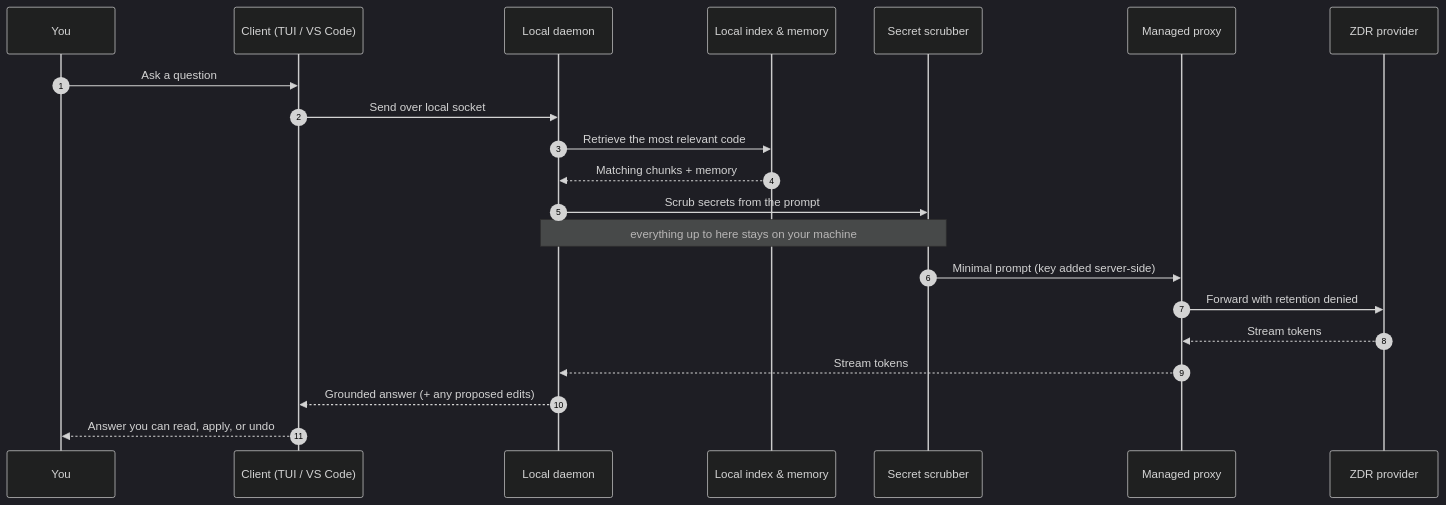
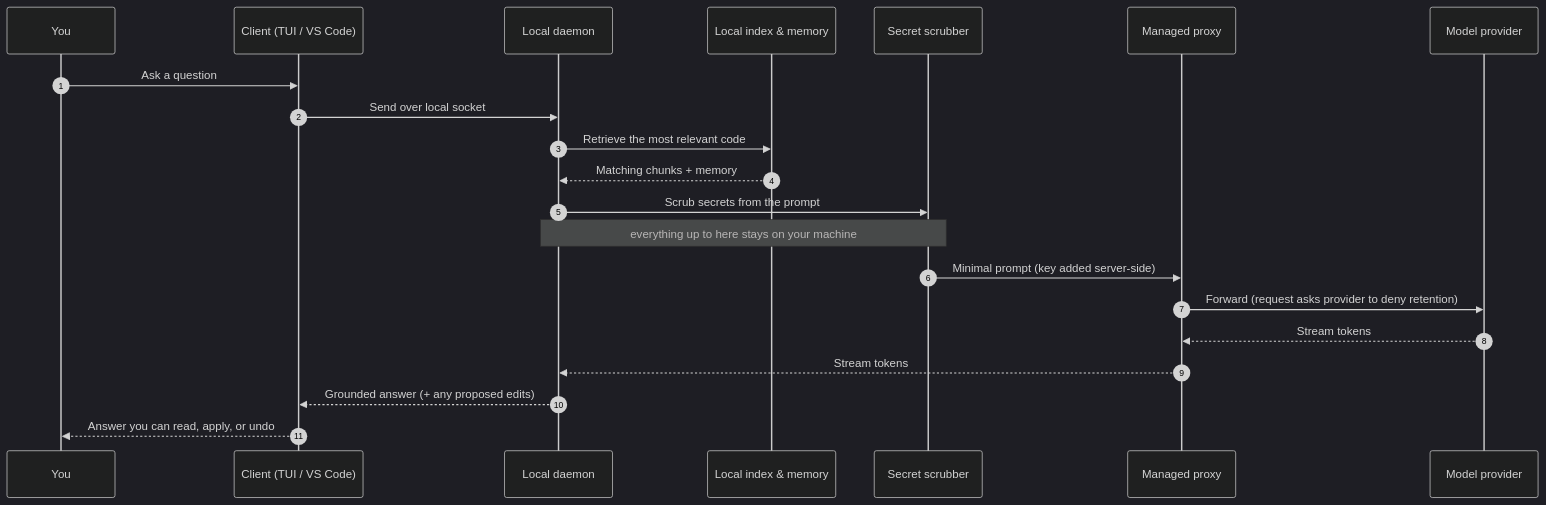
Before and after one commit to Rav-2007/codeterminal-core: the third of 6 diagrams in PRODUCT_OVERVIEW.md, drawn with Mermaid (dark theme). The commit also changed other lines of this file and 1 other file, not shown here.

First line of the commit message:
docs: reframe ZDR claims as requested-not-enforced while F1 is open

````diff
--- a/PRODUCT_OVERVIEW.md
+++ b/PRODUCT_OVERVIEW.md
@@ -221,24 +224,24 @@
 ```mermaid
 sequenceDiagram
     autonumber
     participant You
     participant Client as Client (TUI / VS Code)
     participant Daemon as Local daemon
     participant Store as Local index & memory
     participant Scrub as Secret scrubber
     participant Proxy as Managed proxy
-    participant Model as ZDR provider
+    participant Model as Model provider
 
     You->>Client: Ask a question
     Client->>Daemon: Send over local socket
     Daemon->>Store: Retrieve the most relevant code
     Store-->>Daemon: Matching chunks + memory
     Daemon->>Scrub: Scrub secrets from the prompt
     Note over Daemon,Scrub: everything up to here stays on your machine
     Scrub->>Proxy: Minimal prompt (key added server-side)
-    Proxy->>Model: Forward with retention denied
+    Proxy->>Model: Forward (request asks provider to deny retention)
     Model-->>Proxy: Stream tokens
     Proxy-->>Daemon: Stream tokens
     Daemon-->>Client: Grounded answer (+ any proposed edits)
     Client-->>You: Answer you can read, apply, or undo
 ```
````
